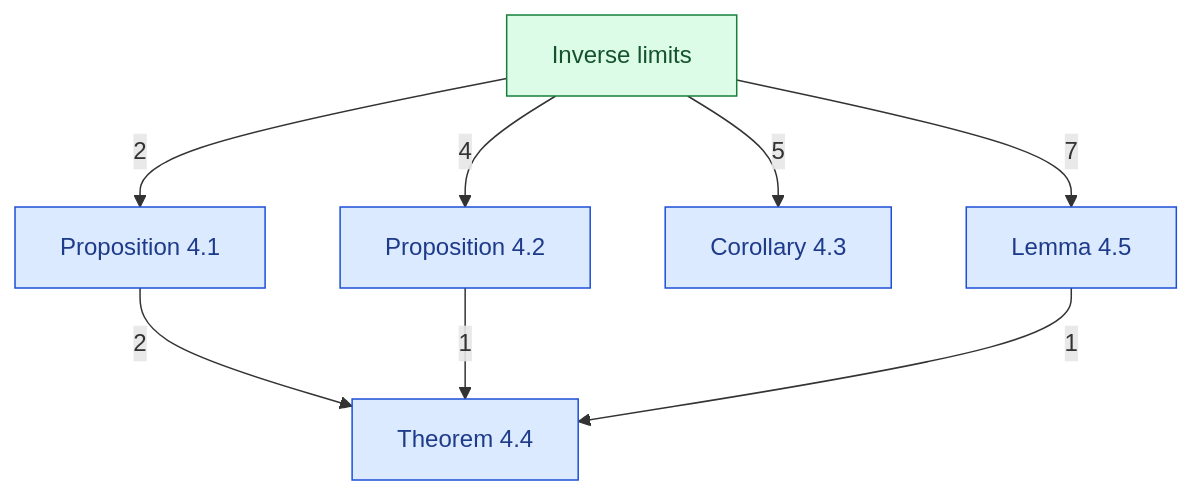
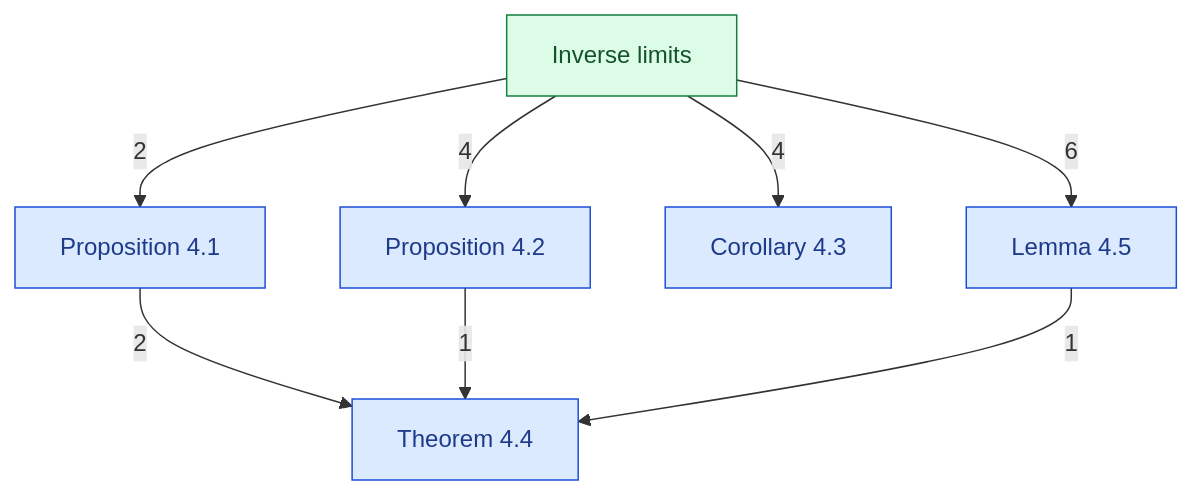
One commit to catskillsresearch/DomainTheory changed the diagram in DomainTheory/1972_Inverse_limits.mermaid. Above: the diagram before and after it, drawn with Mermaid. The commit also changed 33 other files, not shown here.

```diff
--- a/DomainTheory/1972_Inverse_limits.mermaid
+++ b/DomainTheory/1972_Inverse_limits.mermaid
@@ -1,21 +1,21 @@
 %% Notes of the inverse-limits section.
 %% Arrowhead on the importer. The number is a direct-import count.
 %% An arrow already implied by a longer path is omitted.
 flowchart TB
   IL["Inverse limits"]
   P41["Proposition 4.1"]
   P42["Proposition 4.2"]
   C43["Corollary 4.3"]
   T44["Theorem 4.4"]
   L45["Lemma 4.5"]
   IL -->|"2"| P41
   IL -->|"4"| P42
-  IL -->|"5"| C43
-  IL -->|"7"| L45
+  IL -->|"4"| C43
+  IL -->|"6"| L45
   P41 -->|"2"| T44
   P42 -->|"1"| T44
   L45 -->|"1"| T44
   classDef concept fill:#dcfce7,stroke:#15803d,color:#14532d
   classDef numbered fill:#dbeafe,stroke:#1d4ed8,color:#1e3a8a
   class IL concept
   class P41,P42,C43,T44,L45 numbered
```
